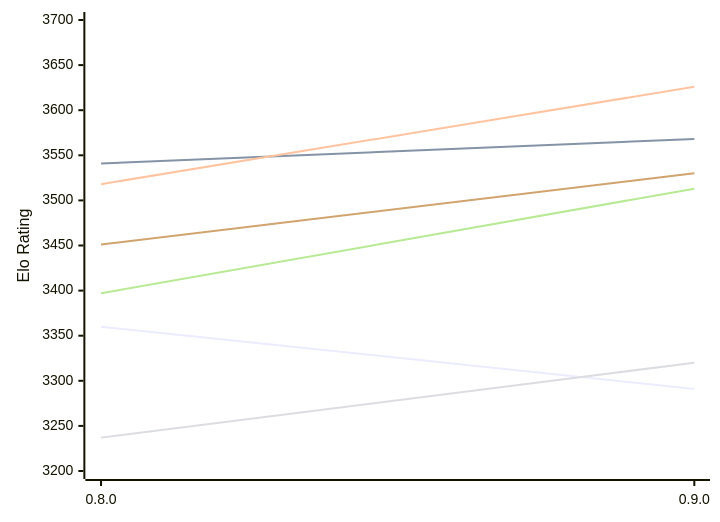
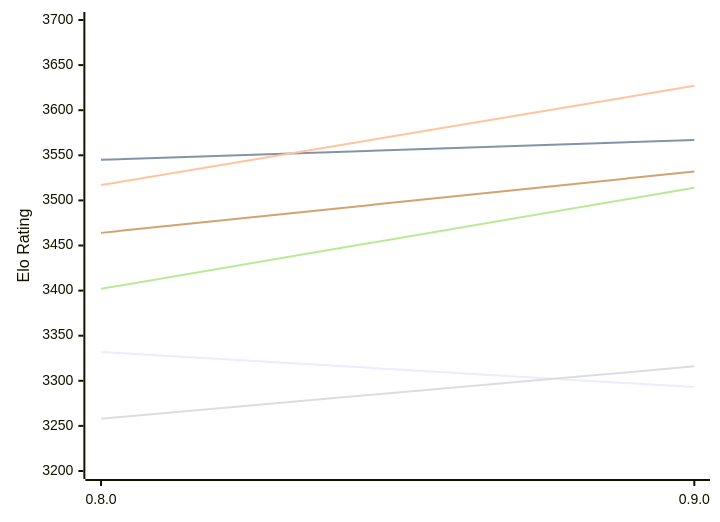
One commit to computer-chess-index/cci changed the first of 2 diagrams in engines/Motor.md. Above: the diagram before and after it, drawn with Mermaid. The commit also changed other lines of this file, not shown here.

Commit message:
Update CCI Ratings (ELO VLTC) - 2026-11-17

````diff
--- a/engines/Motor.md
+++ b/engines/Motor.md
@@ -51,12 +51,12 @@
 ```mermaid
 %%{init: {"theme":"base","themeVariables":{"seriesColors:['#a3a3a3','#222221','#faa371']}}}%%
 xychart-beta
   x-axis ["0.8.0", "0.9.0"]
   y-axis "Elo Rating" 3200 --> 3700
-  line "E1: STC (8.0+0.08s)" [3360, 3291]
-  line "E1: LTC (60.0+0.60s)" [3541, 3568]
-  line "E1: VLTC (2m24s+1.12s)" [3518, 3626]
-  line "P1: STC (8.0+0.08s)" [3237, 3320]
-  line "P1: LTC (60.0+0.60s)" [3397, 3513]
-  line "P1: VLTC (2m24s+1.12s)" [3451, 3530]
+  line "E1: STC (8.0+0.08s)" [3332, 3293]
+  line "E1: LTC (60.0+0.60s)" [3545, 3567]
+  line "E1: VLTC (2m24s+1.12s)" [3517, 3627]
+  line "P1: STC (8.0+0.08s)" [3258, 3316]
+  line "P1: LTC (60.0+0.60s)" [3402, 3514]
+  line "P1: VLTC (2m24s+1.12s)" [3464, 3532]
 ```
````
